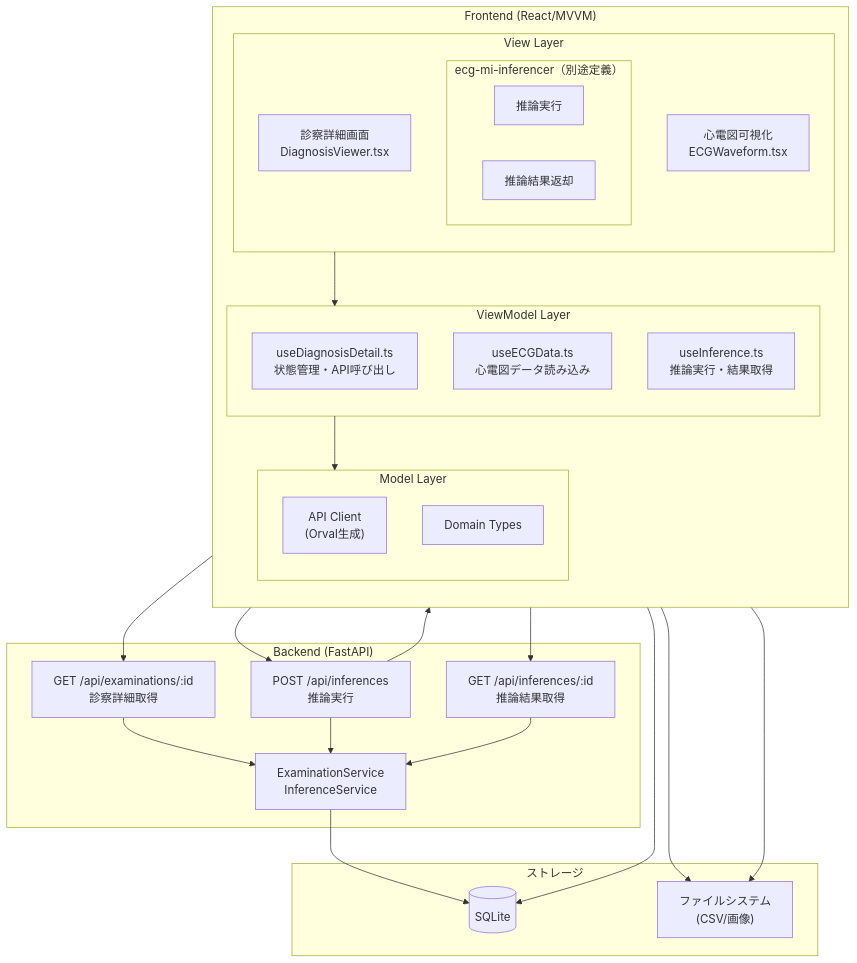
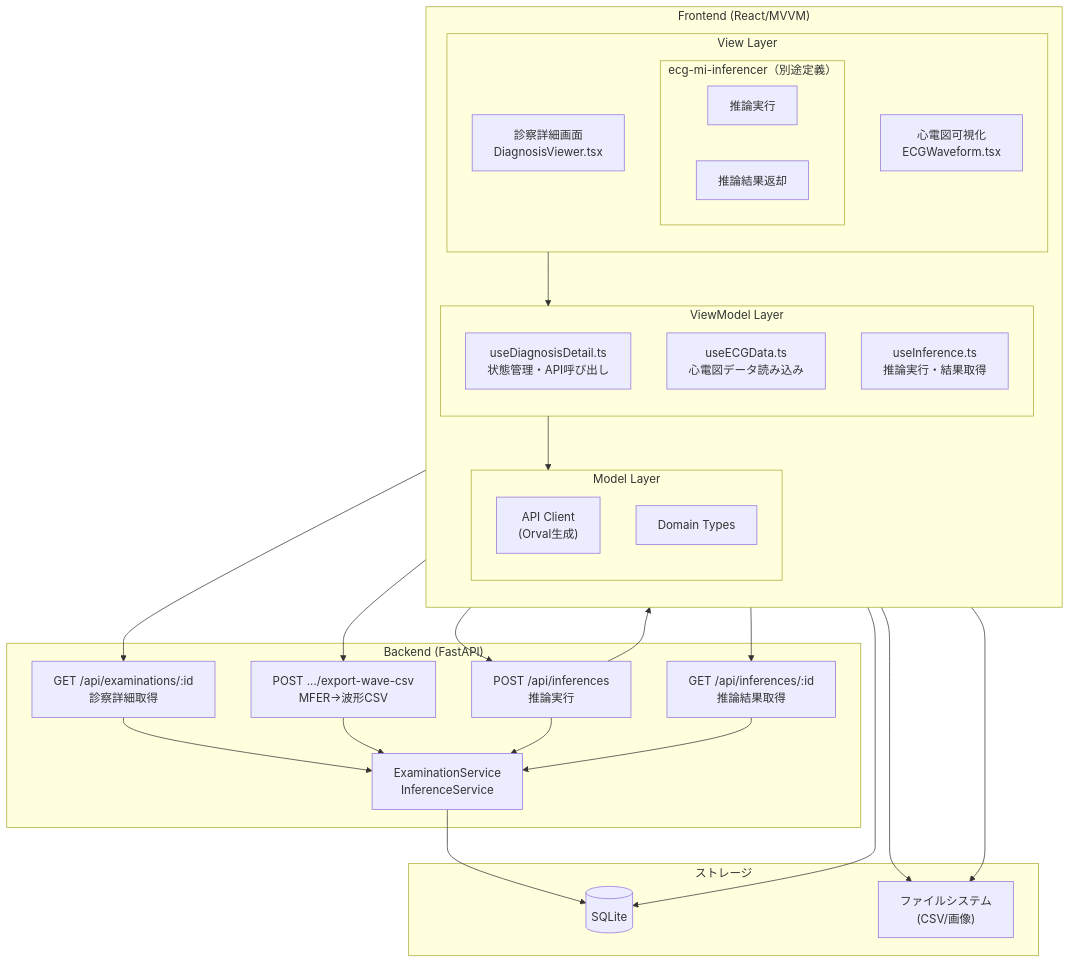
The diagram in .kiro/specs/diagnosis-viewer/requirements.md (Universal-Micro-Networks/ecg-mi-inference), drawn with Mermaid before and after one commit. The commit also changed other lines of this file and 10 other files, not shown here.

````diff
--- a/.kiro/specs/diagnosis-viewer/requirements.md
+++ b/.kiro/specs/diagnosis-viewer/requirements.md
@@ -197,54 +220,57 @@
 ```mermaid
 flowchart TB
     subgraph FE["Frontend (React/MVVM)"]
         direction TB
         subgraph View["View Layer"]
             DV["診察詳細画面<br/>DiagnosisViewer.tsx"]
             ECG["心電図可視化<br/>ECGWaveform.tsx"]
             INF["推論結果表示<br/>InferenceResult.tsx"]
         end
 
         subgraph VM["ViewModel Layer"]
             UDV["useDiagnosisDetail.ts<br/>状態管理・API呼び出し"]
             UECG["useECGData.ts<br/>心電図データ読み込み"]
             UINF["useInference.ts<br/>推論実行・結果取得"]
         end
 
         subgraph Model["Model Layer"]
             API["API Client<br/>(Orval生成)"]
             DT["Domain Types"]
         end
 
         View --> VM
         VM --> Model
     end
 
     subgraph BE["Backend (FastAPI)"]
         EP1["GET /api/examinations/:id<br/>診察詳細取得"]
+        EP1b["POST .../export-wave-csv<br/>MFER→波形CSV"]
         EP2["POST /api/inferences<br/>推論実行"]
         EP3["GET /api/inferences/:id<br/>推論結果取得"]
         ES["ExaminationService<br/>InferenceService"]
     end
 
     subgraph INF["ecg-mi-inferencer（別途定義）"]
         RUN["推論実行"]
         RESULT["推論結果返却"]
     end
 
     subgraph Storage["ストレージ"]
         DB[(SQLite)]
         FS["ファイルシステム<br/>(CSV/画像)"]
     end
 
     API --> EP1
+    API --> EP1b
     API --> EP2
     API --> EP3
     EP1 --> ES
+    EP1b --> ES
     EP2 --> ES
     EP3 --> ES
     ES --> DB
     EP2 --> INF
     INF --> DB
     INF --> FS
     UECG --> FS
 ```
````
